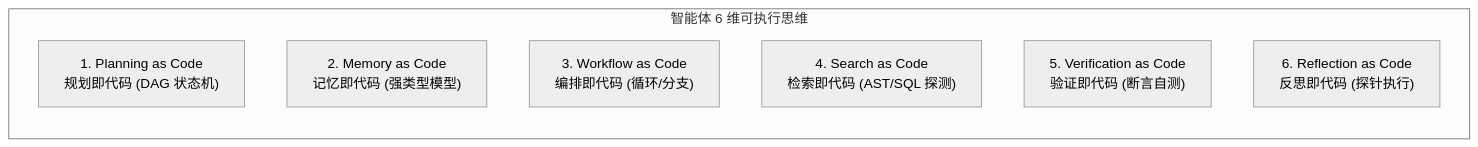
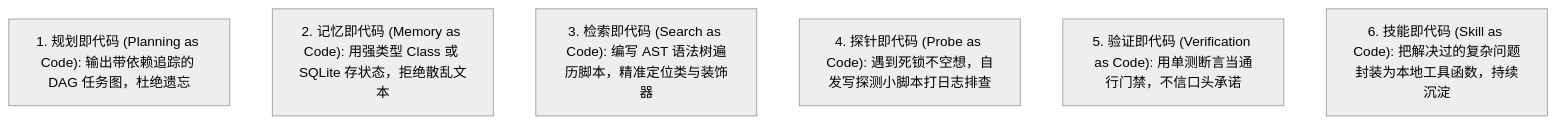
Before and after one commit to ljh12138164/ai-agent-study: the second of 2 diagrams in app/ch05-coding/04-code-as-meta-capability/page.mdx, drawn with Mermaid (neutral theme). The commit also changed other lines of this file and 43 other files, not shown here.

````diff
--- a/app/ch05-coding/04-code-as-meta-capability/page.mdx
+++ b/app/ch05-coding/04-code-as-meta-capability/page.mdx
@@ -33,11 +38,9 @@
 ```mermaid
-graph LR
-    subgraph SixDimensions["智能体 6 维可执行思维"]
-        D1["1. Planning as Code<br/>规划即代码 (DAG 状态机)"]
-        D2["2. Memory as Code<br/>记忆即代码 (强类型模型)"]
-        D3["3. Workflow as Code<br/>编排即代码 (循环/分支)"]
-        D4["4. Search as Code<br/>检索即代码 (AST/SQL 探测)"]
-        D5["5. Verification as Code<br/>验证即代码 (断言自测)"]
-        D6["6. Reflection as Code<br/>反思即代码 (探针执行)"]
-    end
+flowchart TD
+    D1["1. 规划即代码 (Planning as Code): 输出带依赖追踪的 DAG 任务图，杜绝遗忘"]
+    D2["2. 记忆即代码 (Memory as Code): 用强类型 Class 或 SQLite 存状态，拒绝散乱文本"]
+    D3["3. 检索即代码 (Search as Code): 编写 AST 语法树遍历脚本，精准定位类与装饰器"]
+    D4["4. 探针即代码 (Probe as Code): 遇到死锁不空想，自发写探测小脚本打日志排查"]
+    D5["5. 验证即代码 (Verification as Code): 用单测断言当通行门禁，不信口头承诺"]
+    D6["6. 技能即代码 (Skill as Code): 把解决过的复杂问题封装为本地工具函数，持续沉淀"]
 ```
````
